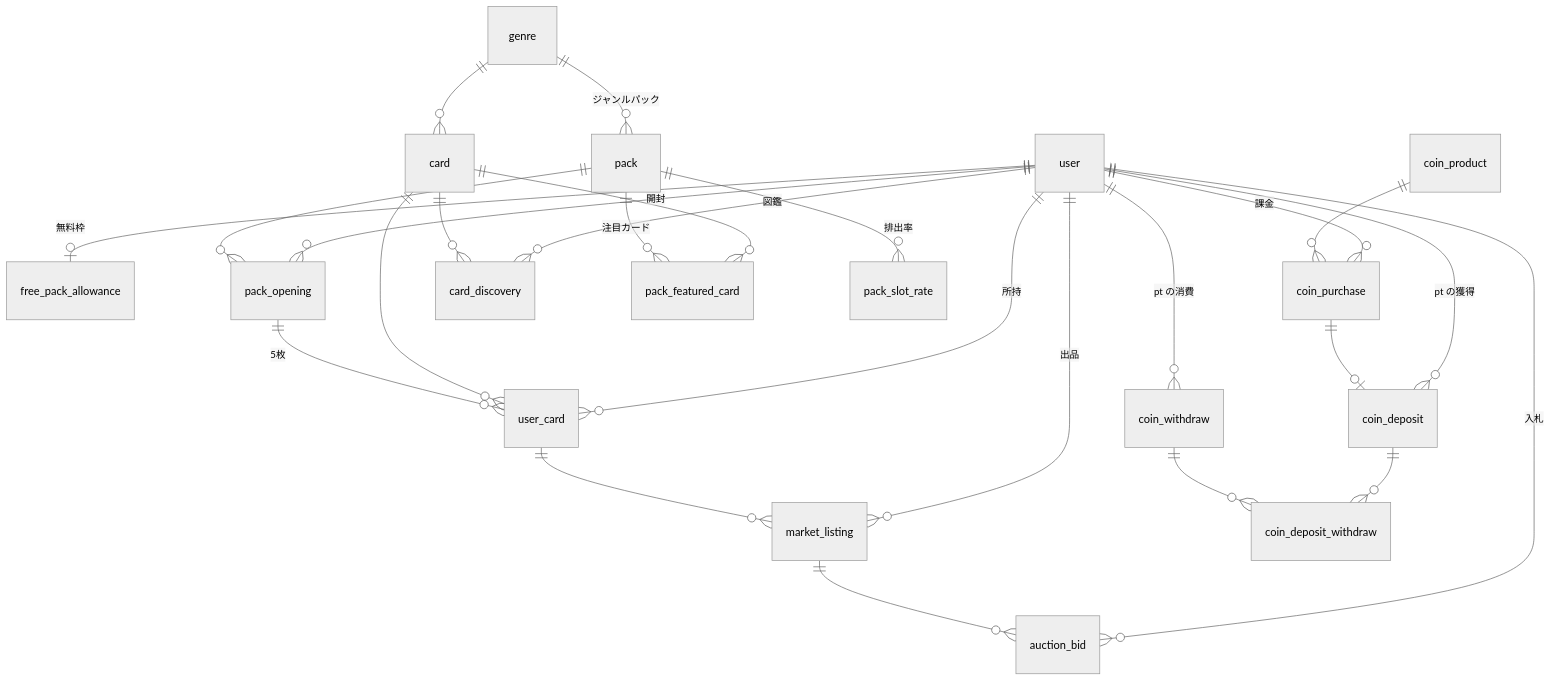
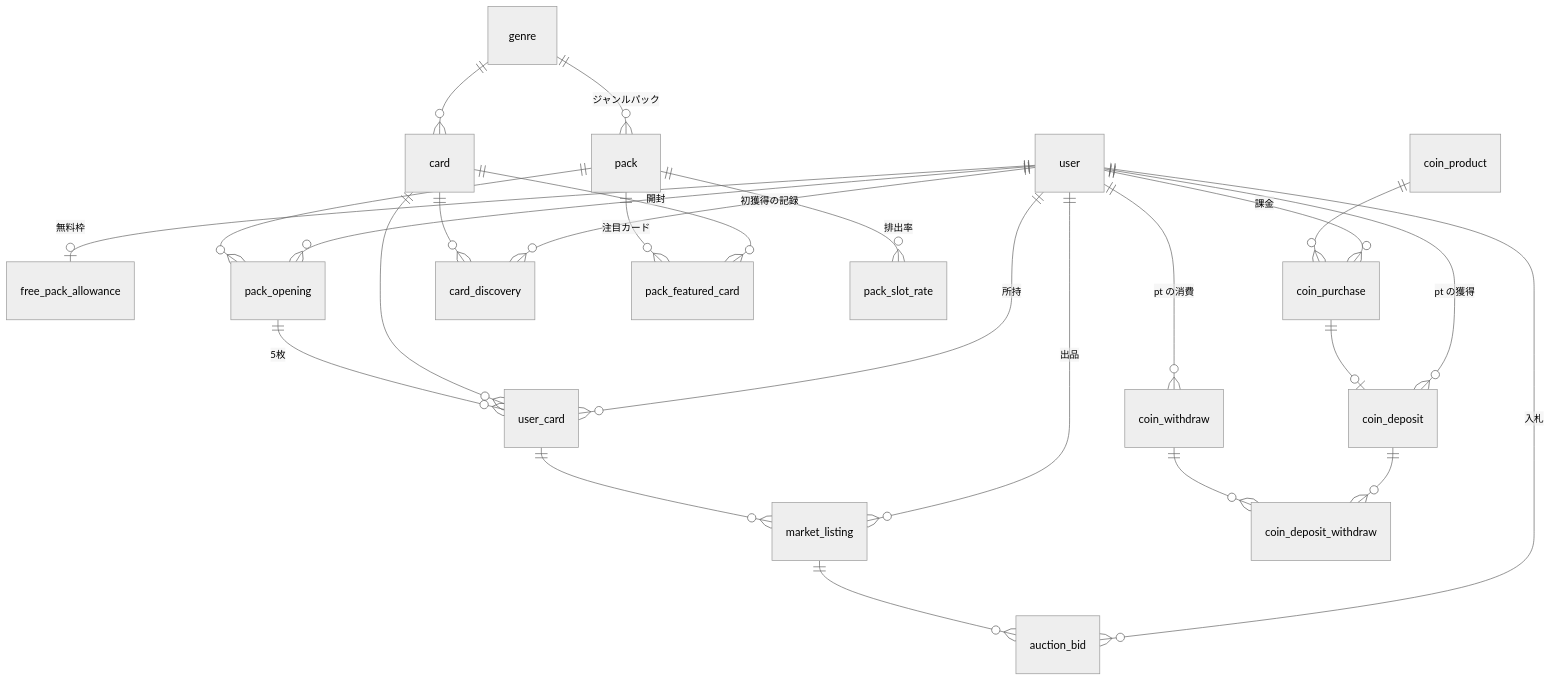
Before and after one commit to matsupiee/wiki-collection: the diagram in docs/design/database.md, drawn with Mermaid (neutral theme). The commit also changed other lines of this file and 94 other files, not shown here.

````diff
--- a/docs/design/database.md
+++ b/docs/design/database.md
@@ -11,32 +11,32 @@
 ```mermaid
 erDiagram
   user ||--o| free_pack_allowance : "無料枠"
   user ||--o{ coin_deposit : "pt の獲得"
   user ||--o{ coin_withdraw : "pt の消費"
   user ||--o{ coin_purchase : "課金"
   user ||--o{ pack_opening : "開封"
   user ||--o{ user_card : "所持"
-  user ||--o{ card_discovery : "図鑑"
+  user ||--o{ card_discovery : "初獲得の記録"
   user ||--o{ market_listing : "出品"
   user ||--o{ auction_bid : "入札"
 
   coin_deposit ||--o{ coin_deposit_withdraw : ""
   coin_withdraw ||--o{ coin_deposit_withdraw : ""
 
   genre ||--o{ card : ""
   genre ||--o{ pack : "ジャンルパック"
   card ||--o{ user_card : ""
   card ||--o{ card_discovery : ""
   card ||--o{ pack_featured_card : ""
 
   pack ||--o{ pack_slot_rate : "排出率"
   pack ||--o{ pack_featured_card : "注目カード"
   pack ||--o{ pack_opening : ""
   pack_opening ||--o{ user_card : "5枚"
 
   user_card ||--o{ market_listing : ""
   market_listing ||--o{ auction_bid : ""
 
   coin_product ||--o{ coin_purchase : ""
   coin_purchase ||--o| coin_deposit : ""
 ```
````
